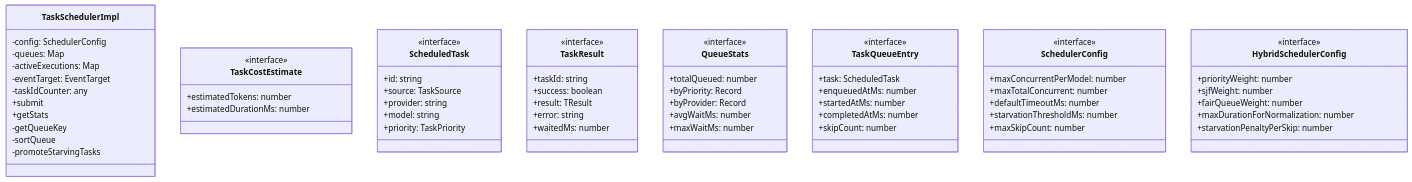
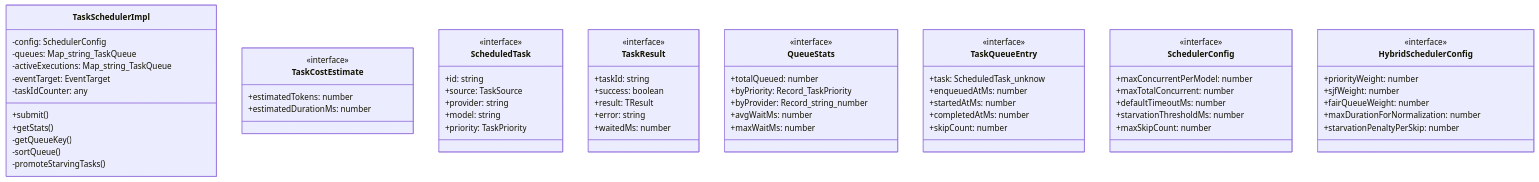
Before and after one commit to Mekann2904/mekann: the first of 4 diagrams in ABDD/.pi/lib/task-scheduler.md, drawn with Mermaid. The commit also changed other lines of this file and 174 other files, not shown here.

First line of the commit message:
fix(docs): ABDDのMermaid図生成エラーを修正する

````diff
--- a/ABDD/.pi/lib/task-scheduler.md
+++ b/ABDD/.pi/lib/task-scheduler.md
@@ -47,68 +47,68 @@
 ```mermaid
 classDiagram
   class TaskSchedulerImpl {
     -config: SchedulerConfig
-    -queues: Map<stringTaskQueueEntry[]>
-    -activeExecutions: Map<stringTaskQueueEntry>
+    -queues: Map_string_TaskQueue
+    -activeExecutions: Map_string_TaskQueue
     -eventTarget: EventTarget
     -taskIdCounter: any
-    +submit
-    +getStats
-    -getQueueKey
-    -sortQueue
-    -promoteStarvingTasks
+    +submit()
+    +getStats()
+    -getQueueKey()
+    -sortQueue()
+    -promoteStarvingTasks()
   }
   class TaskCostEstimate {
     <<interface>>
     +estimatedTokens: number
     +estimatedDurationMs: number
   }
   class ScheduledTask {
     <<interface>>
     +id: string
     +source: TaskSource
     +provider: string
     +model: string
     +priority: TaskPriority
   }
   class TaskResult {
     <<interface>>
     +taskId: string
     +success: boolean
     +result: TResult
     +error: string
     +waitedMs: number
   }
   class QueueStats {
     <<interface>>
     +totalQueued: number
-    +byPriority: Record<TaskPrioritynumber>
-    +byProvider: Record<stringnumber>
+    +byPriority: Record_TaskPriority
+    +byProvider: Record_string_number
     +avgWaitMs: number
     +maxWaitMs: number
   }
   class TaskQueueEntry {
     <<interface>>
-    +task: ScheduledTask<unknown>
+    +task: ScheduledTask_unknow
     +enqueuedAtMs: number
     +startedAtMs: number
     +completedAtMs: number
     +skipCount: number
   }
   class SchedulerConfig {
     <<interface>>
     +maxConcurrentPerModel: number
     +maxTotalConcurrent: number
     +defaultTimeoutMs: number
     +starvationThresholdMs: number
     +maxSkipCount: number
   }
   class HybridSchedulerConfig {
     <<interface>>
     +priorityWeight: number
     +sjfWeight: number
     +fairQueueWeight: number
     +maxDurationForNormalization: number
     +starvationPenaltyPerSkip: number
   }
 ```
````
